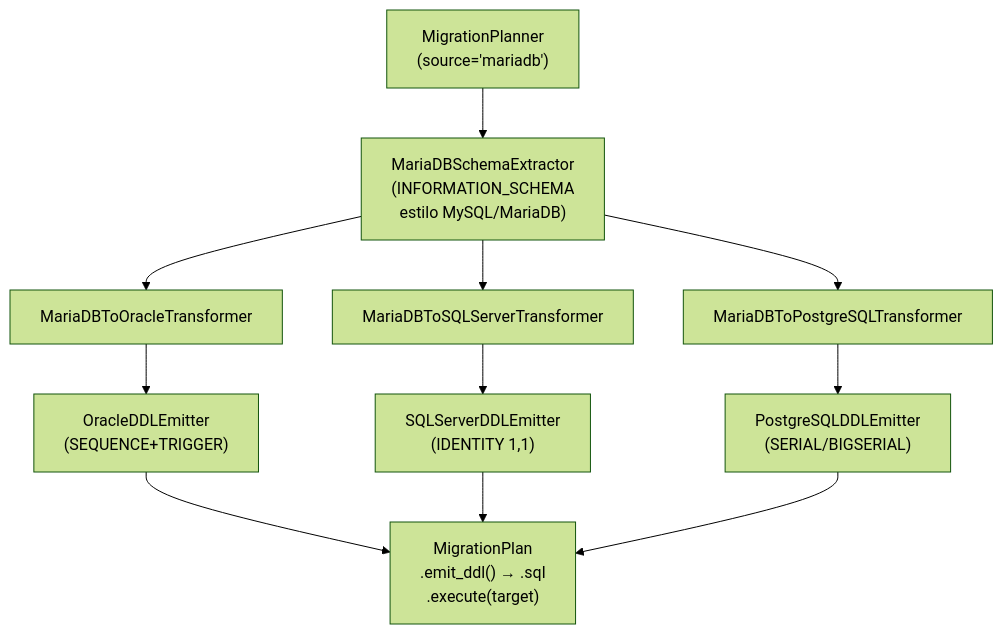
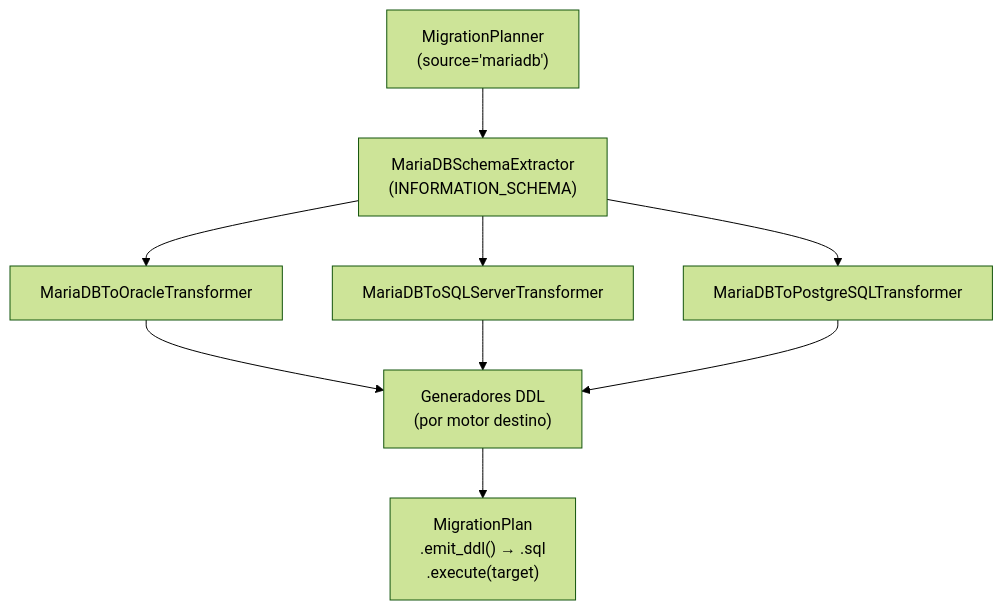
One commit to fmanza/util_bbdd changed the diagram in docs/api/migrate-mariadb-source.md. Above: the diagram before and after it, drawn with Mermaid (forest theme). The commit also changed other lines of this file and 117 other files, not shown here.

````diff
--- a/docs/api/migrate-mariadb-source.md
+++ b/docs/api/migrate-mariadb-source.md
@@ -12,19 +7,15 @@
 ```mermaid
 flowchart TD
     PL["MigrationPlanner\n(source='mariadb')"]
-    EX["MariaDBSchemaExtractor\n(INFORMATION_SCHEMA\nestilo MySQL/MariaDB)"]
+    EX["MariaDBSchemaExtractor\n(INFORMATION_SCHEMA)"]
     TR_OR["MariaDBToOracleTransformer"]
     TR_SS["MariaDBToSQLServerTransformer"]
     TR_PG["MariaDBToPostgreSQLTransformer"]
-    EM_OR["OracleDDLEmitter\n(SEQUENCE+TRIGGER)"]
-    EM_SS["SQLServerDDLEmitter\n(IDENTITY 1,1)"]
-    EM_PG["PostgreSQLDDLEmitter\n(SERIAL/BIGSERIAL)"]
+    EM["Generadores DDL\n(por motor destino)"]
     OUT["MigrationPlan\n.emit_ddl() → .sql\n.execute(target)"]
 
     PL --> EX
     EX --> TR_OR & TR_SS & TR_PG
-    TR_OR --> EM_OR
-    TR_SS --> EM_SS
-    TR_PG --> EM_PG
-    EM_OR & EM_SS & EM_PG --> OUT
+    TR_OR & TR_SS & TR_PG --> EM
+    EM --> OUT
 ```
````
